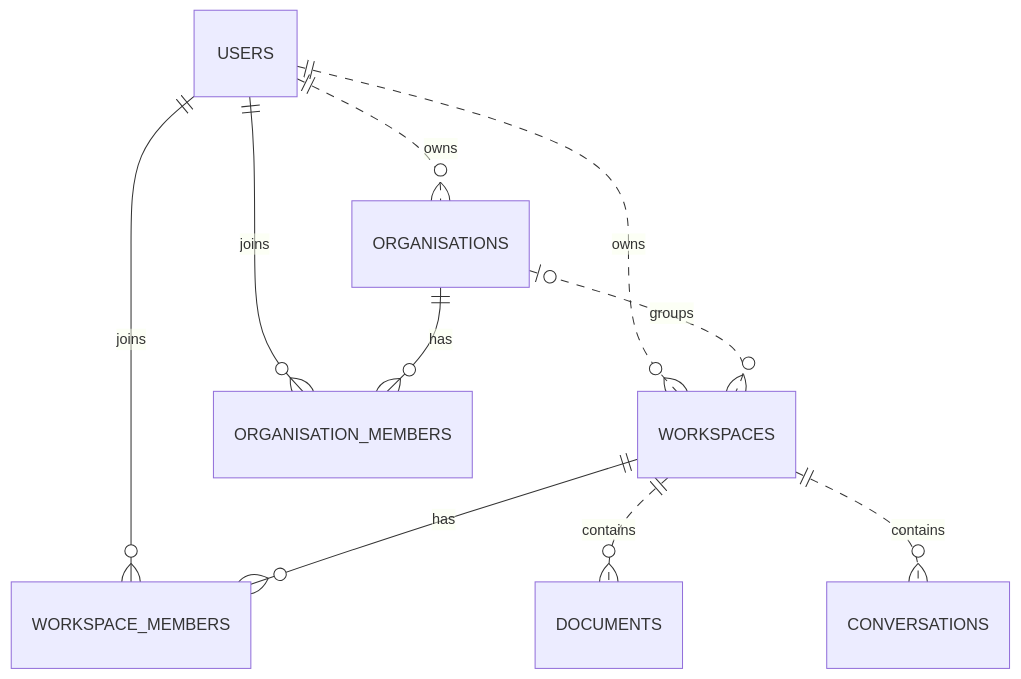
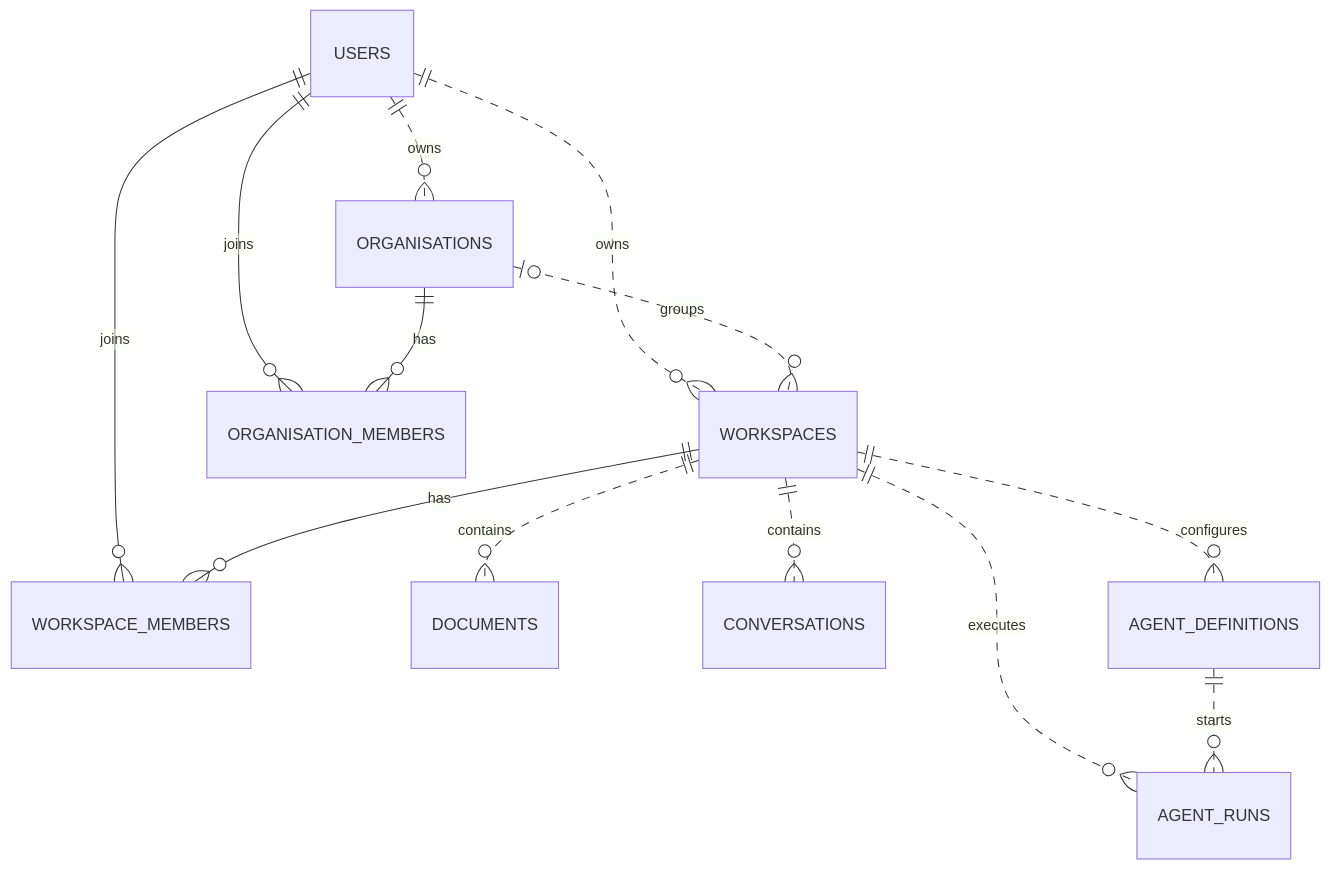
Before and after one commit to srbmaury/Atlas: the second of 5 diagrams in README.md, drawn with Mermaid. The commit also changed other lines of this file and 3 other files, not shown here.

````diff
--- a/README.md
+++ b/README.md
@@ -42,12 +47,15 @@
 ```mermaid
 erDiagram
     USERS ||..o{ ORGANISATIONS : owns
     USERS ||..o{ WORKSPACES : owns
     ORGANISATIONS |o..o{ WORKSPACES : groups
     USERS ||--o{ ORGANISATION_MEMBERS : joins
     ORGANISATIONS ||--o{ ORGANISATION_MEMBERS : has
     USERS ||--o{ WORKSPACE_MEMBERS : joins
     WORKSPACES ||--o{ WORKSPACE_MEMBERS : has
     WORKSPACES ||..o{ DOCUMENTS : contains
     WORKSPACES ||..o{ CONVERSATIONS : contains
+    WORKSPACES ||..o{ AGENT_DEFINITIONS : configures
+    WORKSPACES ||..o{ AGENT_RUNS : executes
+    AGENT_DEFINITIONS ||..o{ AGENT_RUNS : starts
 ```
````
